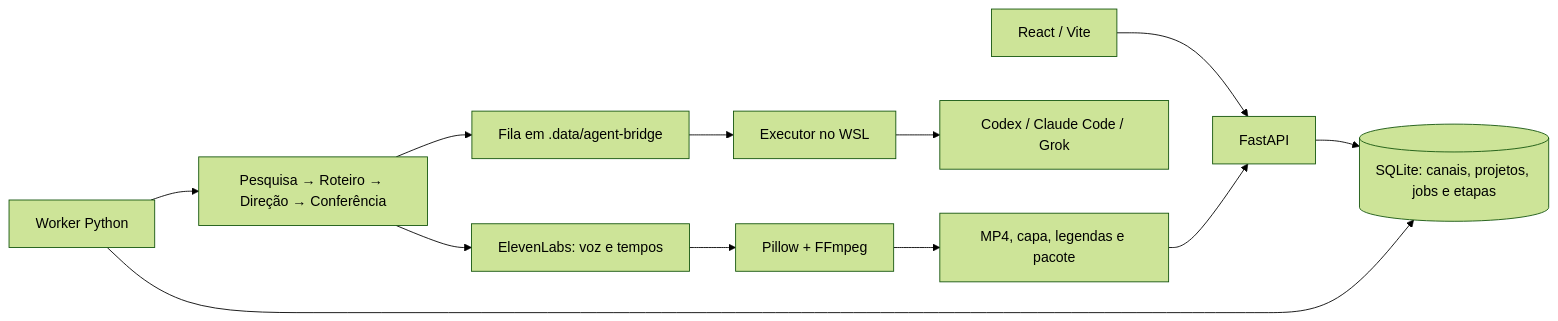
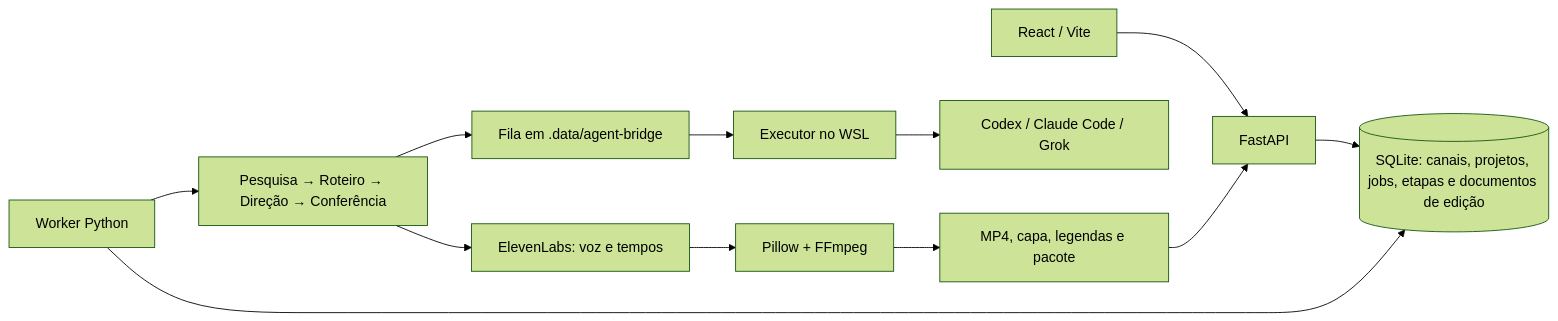
The diagram in docs/arquitetura-studio.md (juniormartinxo/mycut), drawn with Mermaid (forest theme) before and after one commit. The commit also changed other lines of this file and 17 other files, not shown here.

````diff
--- a/docs/arquitetura-studio.md
+++ b/docs/arquitetura-studio.md
@@ -5,14 +5,14 @@
 ```mermaid
 flowchart LR
   UI[React / Vite] --> API[FastAPI]
-  API --> DB[(SQLite: canais, projetos, jobs e etapas)]
+  API --> DB[(SQLite: canais, projetos, jobs, etapas e documentos de edição)]
   Worker[Worker Python] --> DB
   Worker --> Pipeline[Pesquisa → Roteiro → Direção → Conferência]
   Pipeline --> Bridge[Fila em .data/agent-bridge]
   Bridge --> Runner[Executor no WSL]
   Runner --> CLIs[Codex / Claude Code / Grok]
   Pipeline --> Voice[ElevenLabs: voz e tempos]
   Voice --> Render[Pillow + FFmpeg]
   Render --> Files[MP4, capa, legendas e pacote]
   Files --> API
 ```
````
